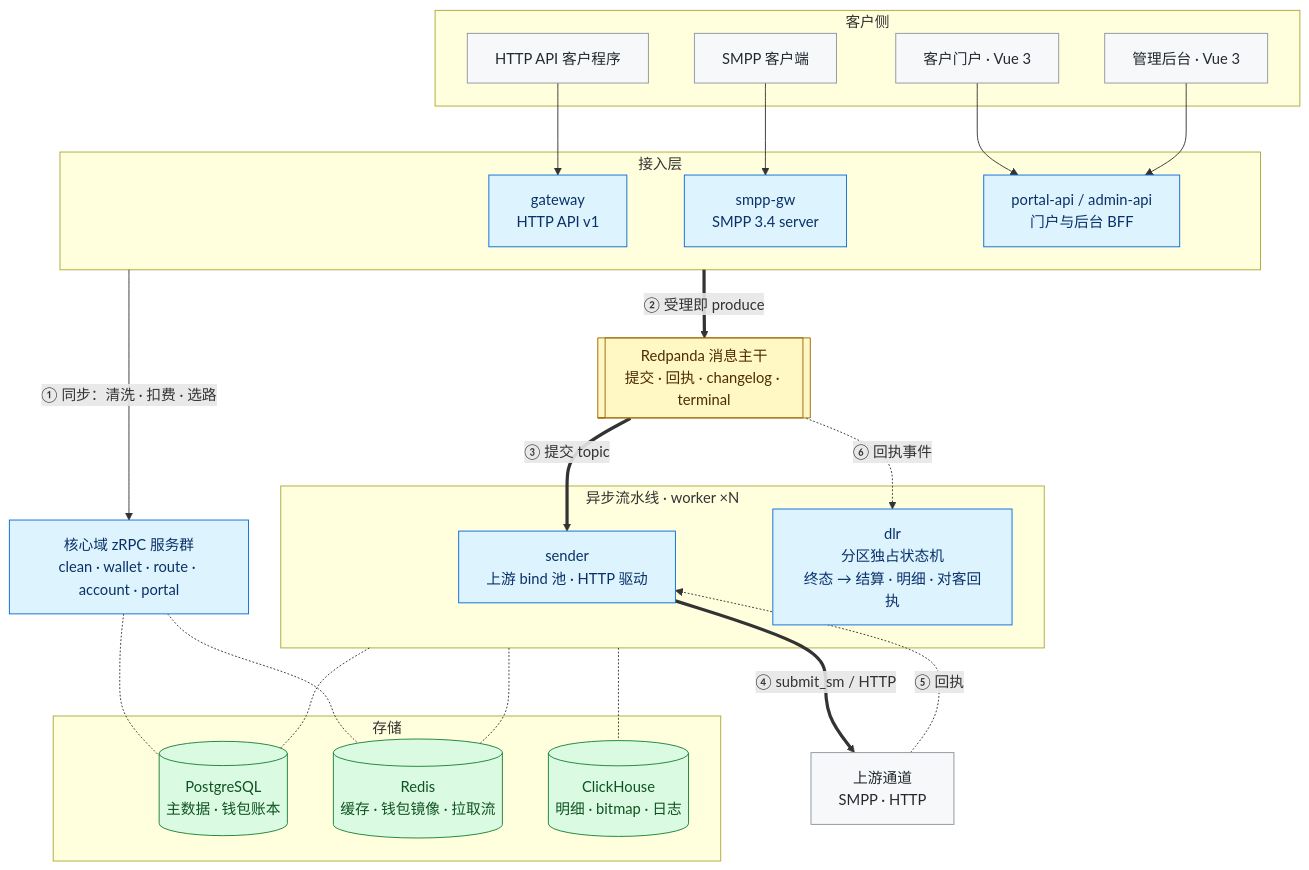
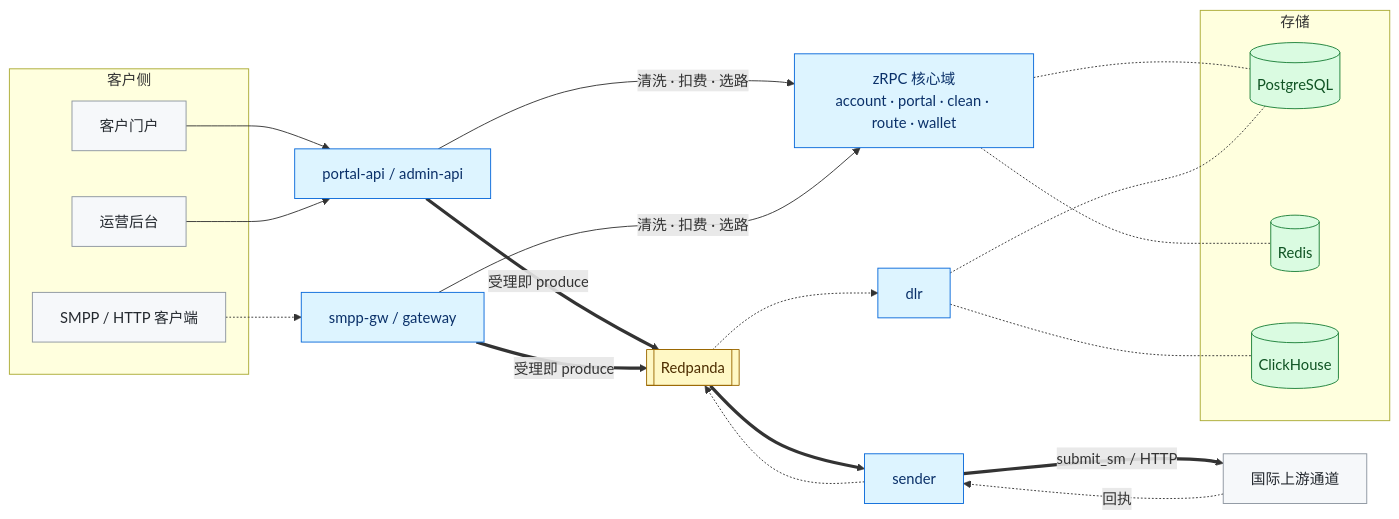
Before and after one commit to ternsms/.github: the diagram in profile/README.md, drawn with Mermaid. The commit also changed other lines of this file, not shown here.

````diff
--- a/profile/README.md
+++ b/profile/README.md
@@ -64,47 +79,38 @@
 ```mermaid
-flowchart TB
+flowchart LR
   subgraph clients[客户侧]
-    C1[HTTP API 客户程序]
-    C2[SMPP 客户端]
-    C3[客户门户 · Vue 3]
-    C4[管理后台 · Vue 3]
+    C1[客户门户]
+    C2[运营后台]
+    C3[SMPP / HTTP 客户端]
   end
-  subgraph access[接入层]
-    GW[gateway<br/>HTTP API v1]
-    SG[smpp-gw<br/>SMPP 3.4 server]
-    BFF[portal-api / admin-api<br/>门户与后台 BFF]
-  end
-  RPC[核心域 zRPC 服务群<br/>clean · wallet · route · account · portal]
-  MQ[[Redpanda 消息主干<br/>提交 · 回执 · changelog · terminal]]
-  subgraph worker[异步流水线 · worker ×N]
-    SN[sender<br/>上游 bind 池 · HTTP 驱动]
-    DL[dlr<br/>分区独占状态机<br/>终态 → 结算 · 明细 · 对客回执]
-  end
-  UP[上游通道<br/>SMPP · HTTP]
+  BFF[portal-api / admin-api]
+  IN[smpp-gw / gateway]
+  RPC[zRPC 核心域<br/>account · portal · clean · route · wallet]
+  MQ[[Redpanda]]
+  SN[sender]
+  DL[dlr]
+  UP[国际上游通道]
   subgraph store[存储]
-    PG[(PostgreSQL<br/>主数据 · 钱包账本)]
-    RD[(Redis<br/>缓存 · 钱包镜像 · 拉取流)]
-    CH[(ClickHouse<br/>明细 · bitmap · 日志)]
+    PG[(PostgreSQL)]
+    RD[(Redis)]
+    CH[(ClickHouse)]
   end
 
-  C1 --> GW
-  C2 --> SG
-  C3 & C4 --> BFF
-  access -->|① 同步：清洗 · 扣费 · 选路| RPC
-  access ==>|② 受理即 produce| MQ
-  MQ ==>|③ 提交 topic| SN
-  SN ==>|④ submit_sm / HTTP| UP
-  UP -.->|⑤ 回执| SN
-  MQ -.->|⑥ 回执事件| DL
+  C1 & C2 --> BFF
+  C3 -.-> IN
+  BFF & IN -->|清洗 · 扣费 · 选路| RPC
+  BFF & IN ==>|受理即 produce| MQ
+  MQ ==> SN ==>|submit_sm / HTTP| UP
+  UP -.回执.-> SN -.-> MQ -.-> DL
   RPC -.- PG & RD
-  worker -.- PG & RD & CH
+  DL -.- PG & CH
 
-  classDef ext fill:#f6f8fa,stroke:#8c959f,color:#24292f
   classDef svc fill:#ddf4ff,stroke:#0969da,color:#0a3069
   classDef mq fill:#fff8c5,stroke:#9a6700,color:#4d2d00
   classDef db fill:#dafbe1,stroke:#1a7f37,color:#0f5323
-  class C1,C2,C3,C4,UP ext
-  class GW,SG,BFF,RPC,SN,DL svc
+  classDef ext fill:#f6f8fa,stroke:#8c959f,color:#24292f
+  class BFF,IN,RPC,SN,DL svc
   class MQ mq
   class PG,RD,CH db
+  class C1,C2,C3,UP ext
 ```
````
